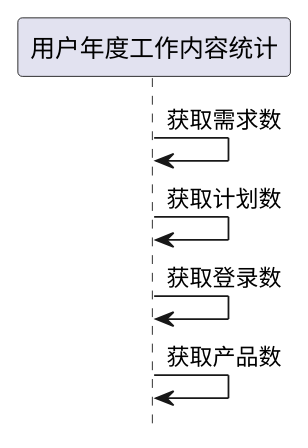
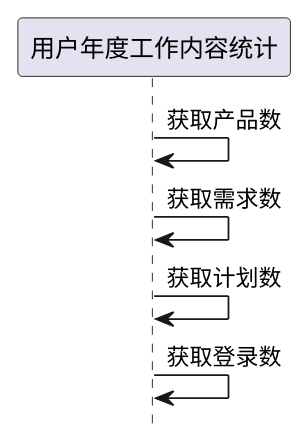
Before and after one commit to goblinln/iBizPMS: the third of 5 diagrams in ibizpms-docs/src/main/doc/v1/module/ibiz/UserYearWorkStats_old.md, drawn with PlantUML. The commit also changed other lines of this file and 230 other files, not shown here.

```diff
--- a/ibizpms-docs/src/main/doc/v1/module/ibiz/UserYearWorkStats_old.md
+++ b/ibizpms-docs/src/main/doc/v1/module/ibiz/UserYearWorkStats_old.md
@@ -185,8 +185,8 @@
 {% plantuml %}
 hide footbox
 
+用户年度工作内容统计 -> 用户年度工作内容统计: 获取产品数
 用户年度工作内容统计 -> 用户年度工作内容统计: 获取需求数
 用户年度工作内容统计 -> 用户年度工作内容统计: 获取计划数
 用户年度工作内容统计 -> 用户年度工作内容统计: 获取登录数
-用户年度工作内容统计 -> 用户年度工作内容统计: 获取产品数
 {% endplantuml %}
```
